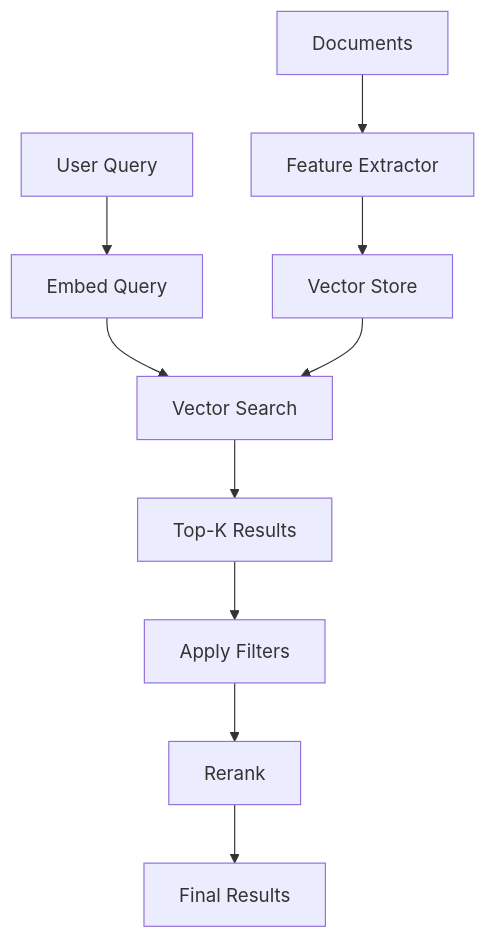
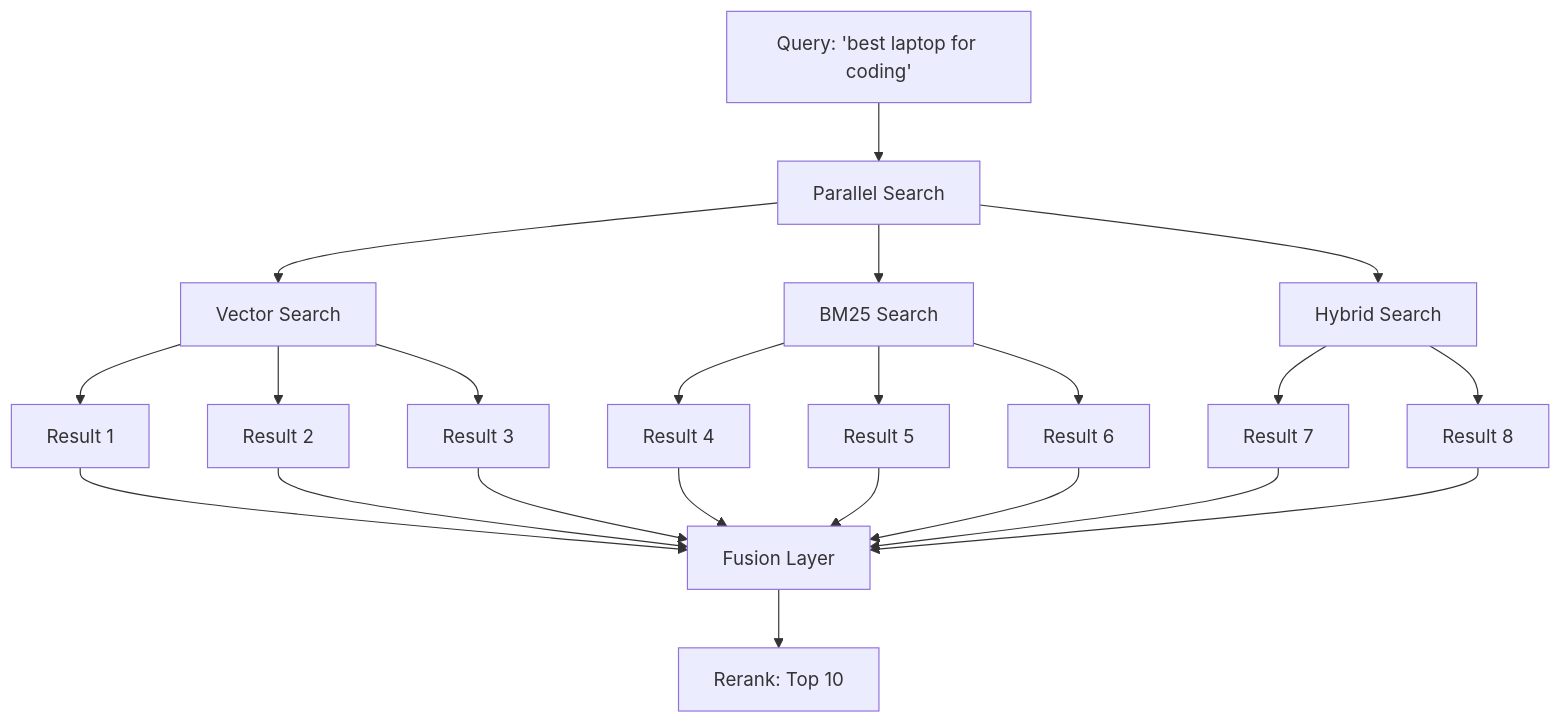
One commit to mixpeek/docs changed the diagram in patterns/semantic-search.mdx. Above: the diagram before and after it, drawn with Mermaid. The commit also changed other lines of this file and 2 other files, not shown here.

````diff
--- a/patterns/semantic-search.mdx
+++ b/patterns/semantic-search.mdx
@@ -42,13 +42,30 @@
 ```mermaid
 graph TD
-  Q[User Query] --> E[Embed Query]
-  E --> VS[Vector Search]
-  VS --> R1[Top-K Results]
-  R1 --> F[Apply Filters]
-  F --> RR[Rerank]
-  RR --> R2[Final Results]
+  Q[Query: 'best laptop for coding'] --> P[Parallel Search]
   
-  D[Documents] --> FE[Feature Extractor]
-  FE --> V[Vector Store]
-  V --> VS
+  P --> V[Vector Search]
+  P --> B[BM25 Search]
+  P --> H[Hybrid Search]
+  
+  V --> V1[Result 1]
+  V --> V2[Result 2]
+  V --> V3[Result 3]
+  
+  B --> B1[Result 4]
+  B --> B2[Result 5]
+  B --> B3[Result 6]
+  
+  H --> H1[Result 7]
+  H --> H2[Result 8]
+  
+  V1 --> F[Fusion Layer]
+  V2 --> F
+  V3 --> F
+  B1 --> F
+  B2 --> F
+  B3 --> F
+  H1 --> F
+  H2 --> F
+  
+  F --> R[Rerank: Top 10]
 ```
````
